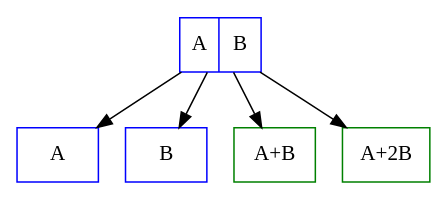
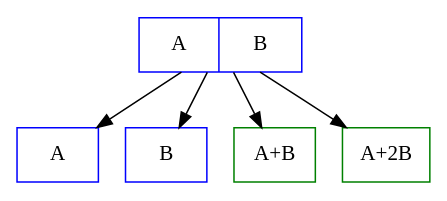
Before and after one commit to yszheda/GPU-RSCode: the diagram in doc/schematic-diagram/e-c.dot, drawn with Graphviz. The commit also changed 11 other files, not shown here.

Commit message:
update schematic diagrams.

```diff
--- a/doc/schematic-diagram/e-c.dot
+++ b/doc/schematic-diagram/e-c.dot
@@ -1,13 +1,13 @@
 digraph ec
 {
 node [shape=record];
-struct1 [shape=record, label="<f0> A|<f1> B", color=blue];
+struct1 [shape=record, label="<f0> A|<f1> B", width=1.5, size=1, color=blue];
 struct2 [shape=record, label="A", color=blue];
 struct3 [shape=record, label="B", color=blue];
 struct4 [shape=record, label="A+B", color=green];
 struct5 [shape=record, label="A+2B", color=green];
 struct1 -> struct2;
 struct1 -> struct3;
 struct1 -> struct4;
 struct1 -> struct5;
 }
```
